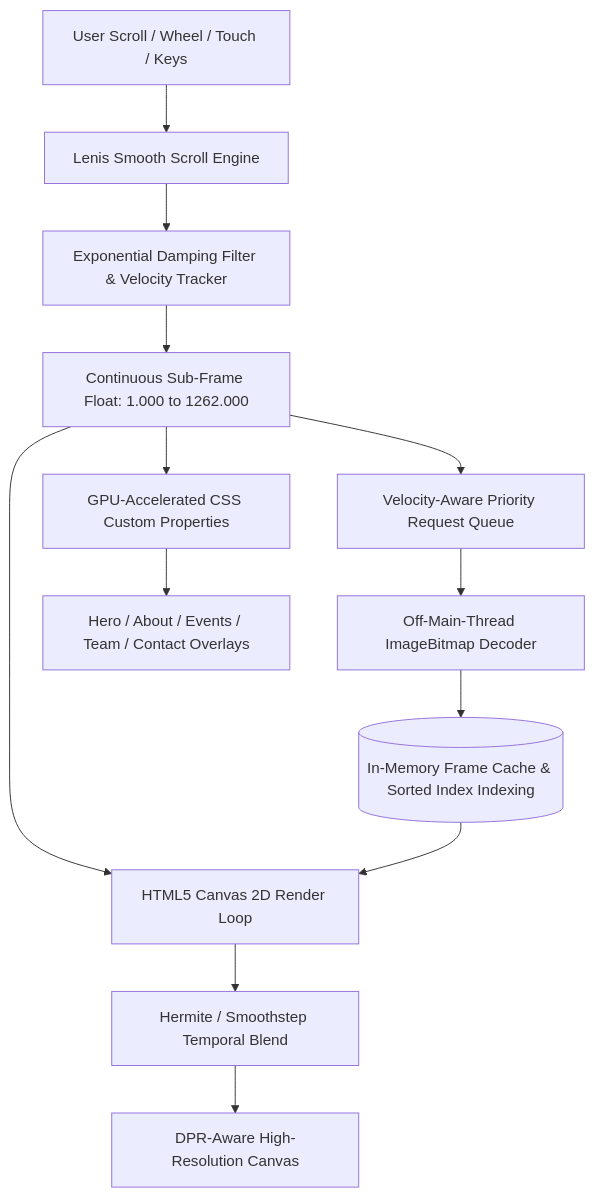
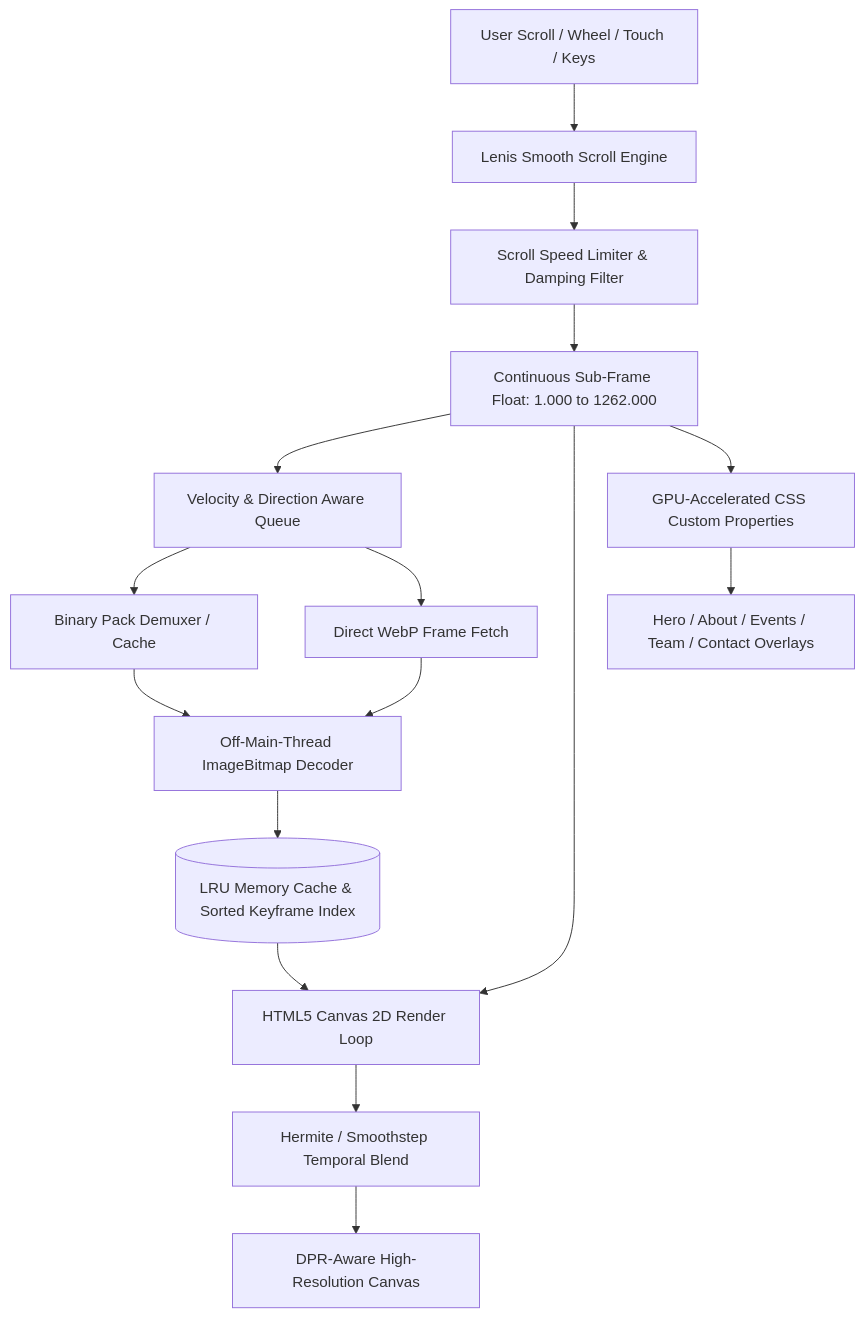
Before and after one commit to ecell-woxsen/ecell-new-website: the diagram in README.md, drawn with Mermaid. The commit also changed other lines of this file, not shown here.

Commit message:
docs: update README with Convex backend, R2/Worker CDN, and asset packing pipeline

````diff
--- a/README.md
+++ b/README.md
@@ -69,19 +79,22 @@
 ```mermaid
 flowchart TD
     UserScroll[User Scroll / Wheel / Touch / Keys] --> Lenis[Lenis Smooth Scroll Engine]
-    Lenis --> Damping[Exponential Damping Filter & Velocity Tracker]
-    Damping --> TargetFloat[Continuous Sub-Frame Float: 1.000 to 1262.000]
+    Lenis --> Limiter[Scroll Speed Limiter & Damping Filter]
+    Limiter --> TargetFloat[Continuous Sub-Frame Float: 1.000 to 1262.000]
     
-    TargetFloat --> PriorityLoader[Velocity-Aware Priority Request Queue]
+    TargetFloat --> PriorityLoader[Velocity & Direction Aware Queue]
     TargetFloat --> CanvasRender[HTML5 Canvas 2D Render Loop]
     TargetFloat --> CSSVars[GPU-Accelerated CSS Custom Properties]
     
-    PriorityLoader --> BitmapWorker[Off-Main-Thread ImageBitmap Decoder]
-    BitmapWorker --> Cache[(In-Memory Frame Cache & Sorted Index Indexing)]
-    Cache --> CanvasRender
+    PriorityLoader --> PackDemuxer[Binary Pack Demuxer / Cache]
+    PriorityLoader --> FallbackCDN[Direct WebP Frame Fetch]
+    PackDemuxer --> BitmapWorker[Off-Main-Thread ImageBitmap Decoder]
+    FallbackCDN --> BitmapWorker
+    BitmapWorker --> LRUCache[(LRU Memory Cache & Sorted Keyframe Index)]
+    LRUCache --> CanvasRender
     
     CanvasRender --> HermiteBlend[Hermite / Smoothstep Temporal Blend]
     HermiteBlend --> DisplayOutput[DPR-Aware High-Resolution Canvas]
     
     CSSVars --> Overlays[Hero / About / Events / Team / Contact Overlays]
 ```
````
